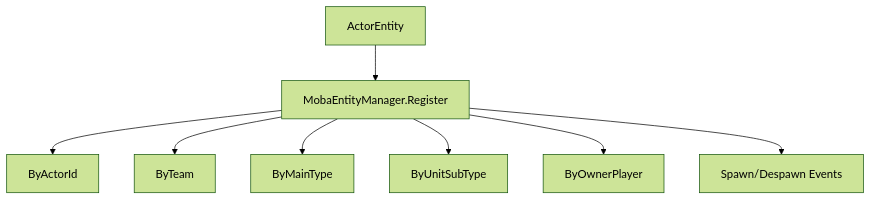
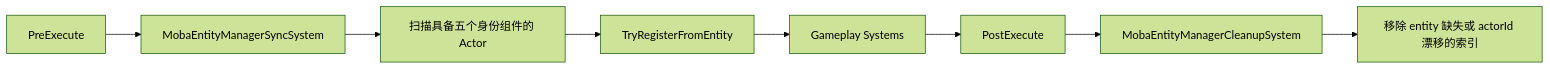
One commit to Kurumioi/AbilityKit changed the second of 2 diagrams in Docs/design/09-ImplementationExamples/MOBA/06-ConfigEntitySpawnDeepDive.md. Above: the diagram before and after it, drawn with Mermaid (forest theme). The commit also changed other lines of this file and 118 other files, not shown here.

````diff
--- a/Docs/design/09-ImplementationExamples/MOBA/06-ConfigEntitySpawnDeepDive.md
+++ b/Docs/design/09-ImplementationExamples/MOBA/06-ConfigEntitySpawnDeepDive.md
@@ -65,10 +227,10 @@
 ```mermaid
-flowchart TD
-    A[ActorEntity] --> B[MobaEntityManager.Register]
-    B --> C[ByActorId]
-    B --> D[ByTeam]
-    B --> E[ByMainType]
-    B --> F[ByUnitSubType]
-    B --> G[ByOwnerPlayer]
-    B --> H[Spawn/Despawn Events]
+flowchart LR
+    A[PreExecute] --> B[MobaEntityManagerSyncSystem]
+    B --> C[扫描具备五个身份组件的 Actor]
+    C --> D[TryRegisterFromEntity]
+    D --> E[Gameplay Systems]
+    E --> F[PostExecute]
+    F --> G[MobaEntityManagerCleanupSystem]
+    G --> H[移除 entity 缺失或 actorId 漂移的索引]
 ```
````
